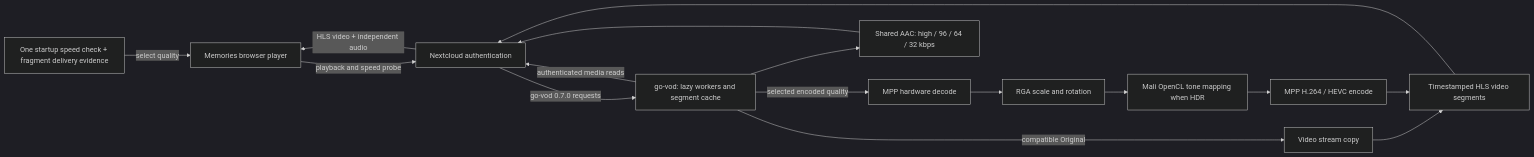
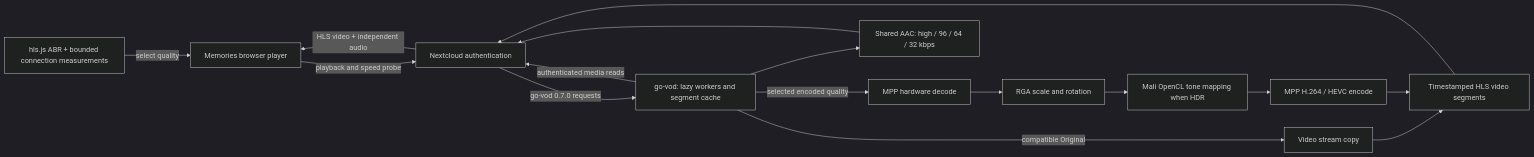
The diagram in README.md (meitelis/memories-rkmpp), drawn with Mermaid (dark theme) before and after one commit. The commit also changed other lines of this file, not shown here.

Commit message:
Document native hls.js Auto and real-device acceptance gates

````diff
--- a/README.md
+++ b/README.md
@@ -11,18 +11,18 @@
 ```mermaid
 flowchart LR
     P["Memories browser player"] -->|"playback and speed probe"| N["Nextcloud authentication"]
     N -->|"go-vod 0.7.0 requests"| M["go-vod: lazy workers and segment cache"]
     M -->|"authenticated media reads"| N
     M -->|"compatible Original"| C["Video stream copy"]
     M -->|"selected encoded quality"| D["MPP hardware decode"]
     D --> R["RGA scale and rotation"]
     R --> T["Mali OpenCL tone mapping when HDR"]
     T --> E["MPP H.264 / HEVC encode"]
     C --> V["Timestamped HLS video segments"]
     E --> V
     M --> A["Shared AAC: high / 96 / 64 / 32 kbps"]
     V --> N
     A --> N
     N -->|"HLS video + independent audio"| P
-    B["One startup speed check + fragment delivery evidence"] -->|"select quality"| P
+    B["hls.js ABR + bounded connection measurements"] -->|"select quality"| P
 ```
````
